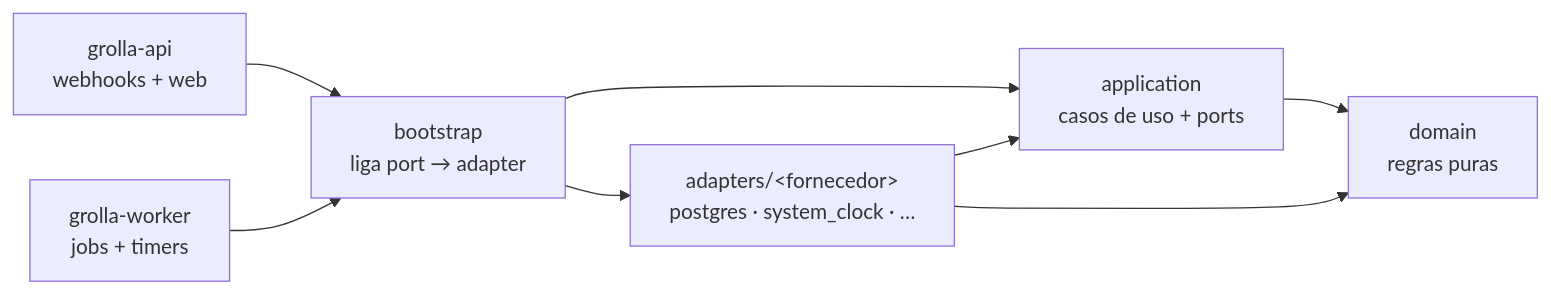
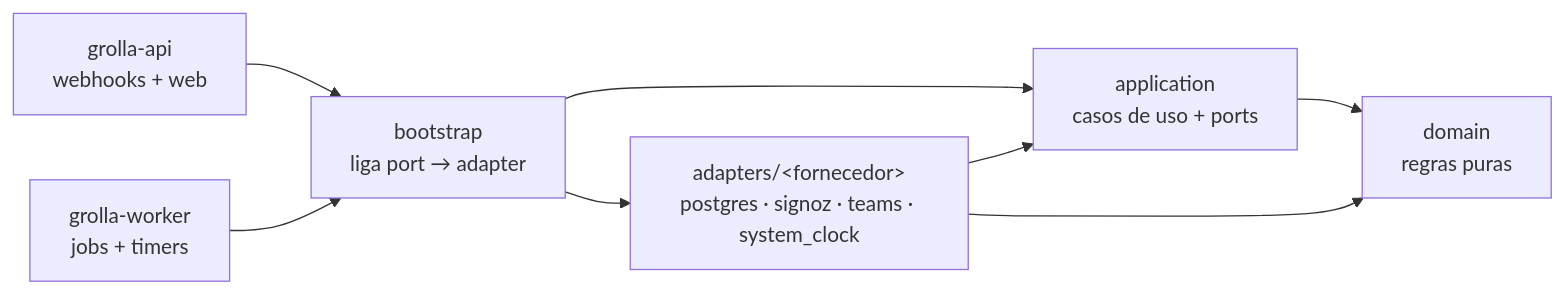
Before and after one commit to viniciusfaleiro/grolla-agent: the diagram in README.md, drawn with Mermaid. The commit also changed other lines of this file and 7 other files, not shown here.

Commit message:
Atualizar READMEs, roadmap e desvios de contrato do S2

````diff
--- a/README.md
+++ b/README.md
@@ -72,10 +79,10 @@
 ```mermaid
 flowchart LR
   api["grolla-api<br/>webhooks + web"] --> boot
   worker["grolla-worker<br/>jobs + timers"] --> boot
   boot["bootstrap<br/>liga port → adapter"] --> adapters
   boot --> app
-  adapters["adapters/&lt;fornecedor&gt;<br/>postgres · system_clock · …"] --> app
+  adapters["adapters/&lt;fornecedor&gt;<br/>postgres · signoz · teams · system_clock"] --> app
   app["application<br/>casos de uso + ports"] --> dom["domain<br/>regras puras"]
   adapters --> dom
 ```
````
